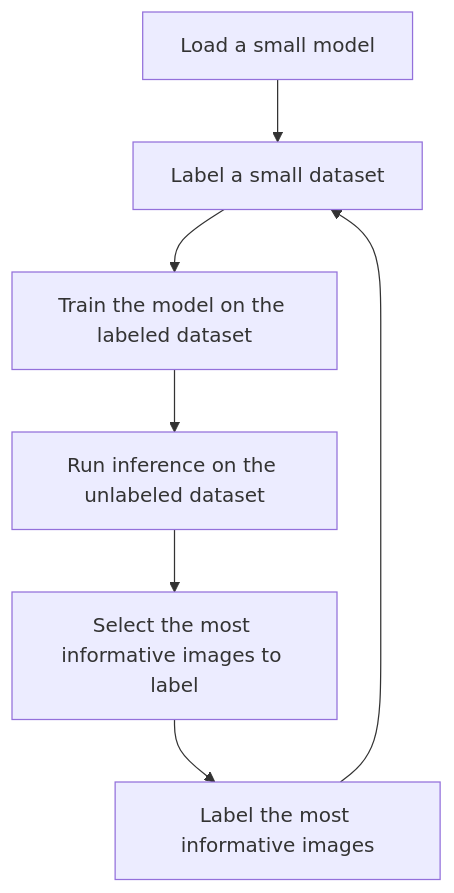
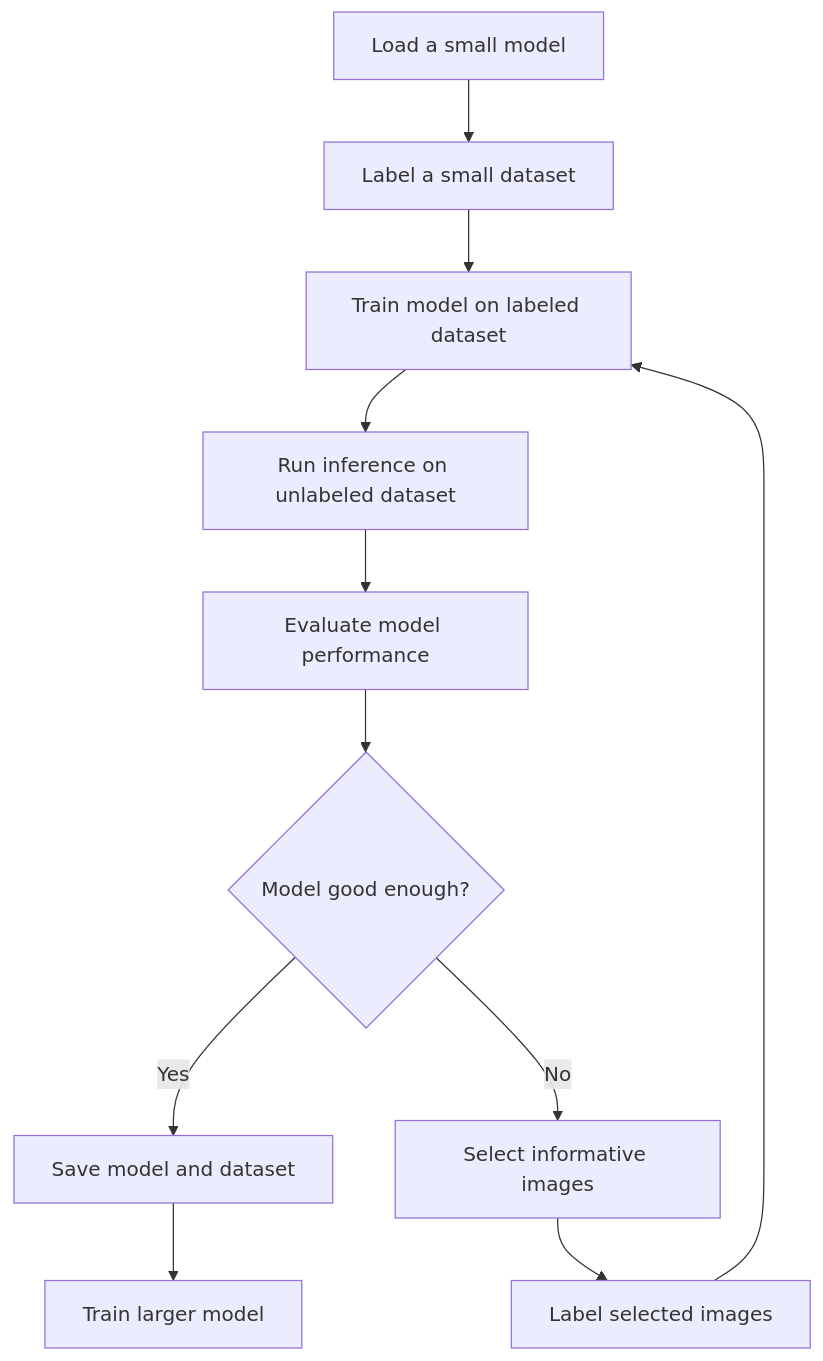
The diagram in README.md (dnth/active-learning-flywheel), drawn with Mermaid before and after one commit. The commit also changed other lines of this file, not shown here.

````diff
--- a/README.md
+++ b/README.md
@@ -27,9 +30,13 @@
 ```mermaid
 graph TD
-A[Load a small model] --> B[Label a small dataset]
-B --> C[Train the model on the labeled dataset]
-C --> D[Run inference on the unlabeled dataset]
-D --> E[Select the most informative images to label]
-E --> F[Label the most informative images]
-F --> B
+    A[Load a small model] --> B[Label a small dataset]
+    B --> C[Train model on labeled dataset]
+    C --> D[Run inference on unlabeled dataset]
+    D --> E[Evaluate model performance]
+    E --> F{Model good enough?}
+    F -->|Yes| G[Save model and dataset]
+    G --> H[Train larger model]
+    F -->|No| I[Select informative images]
+    I --> J[Label selected images]
+    J --> C
 ```
````
